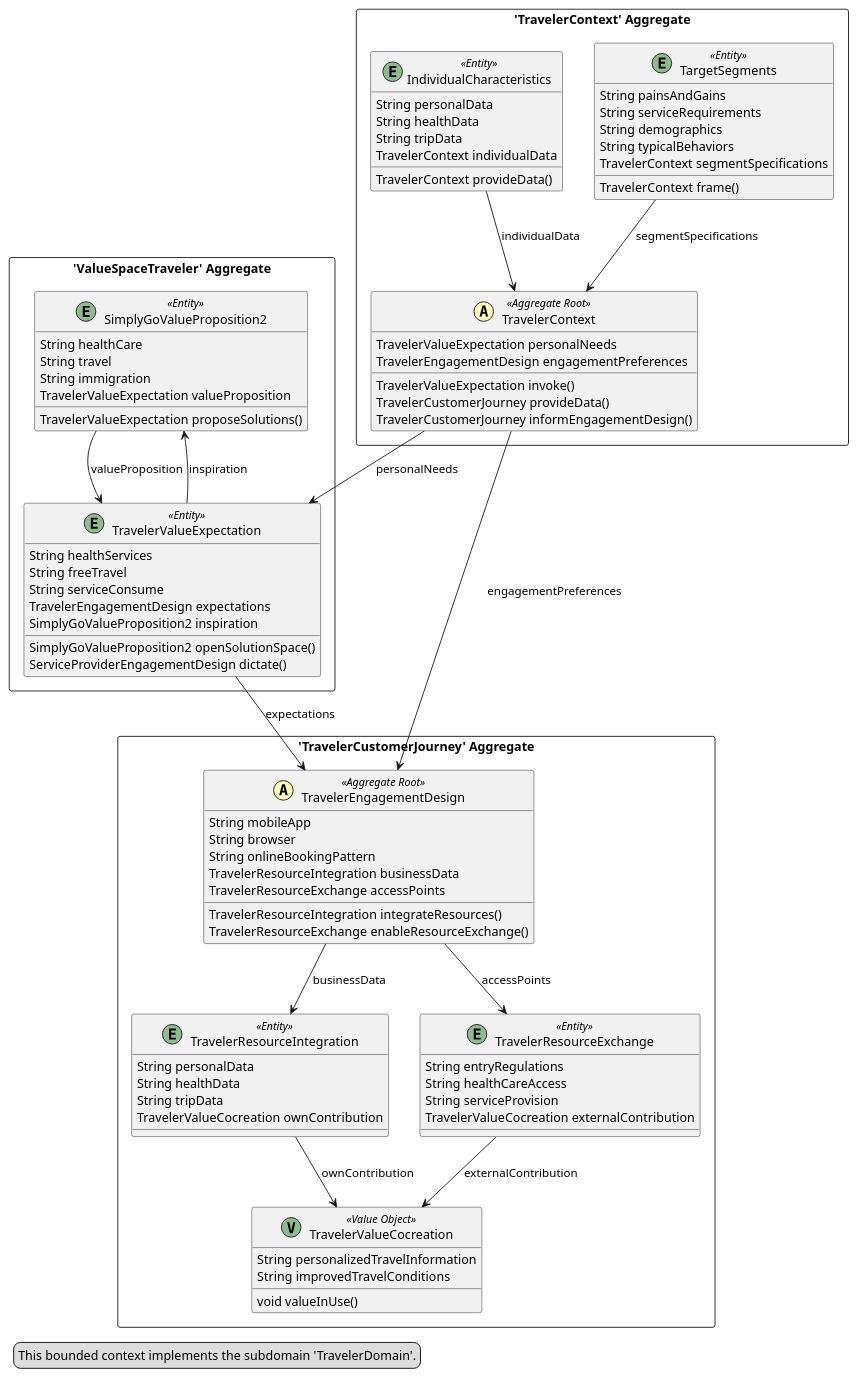
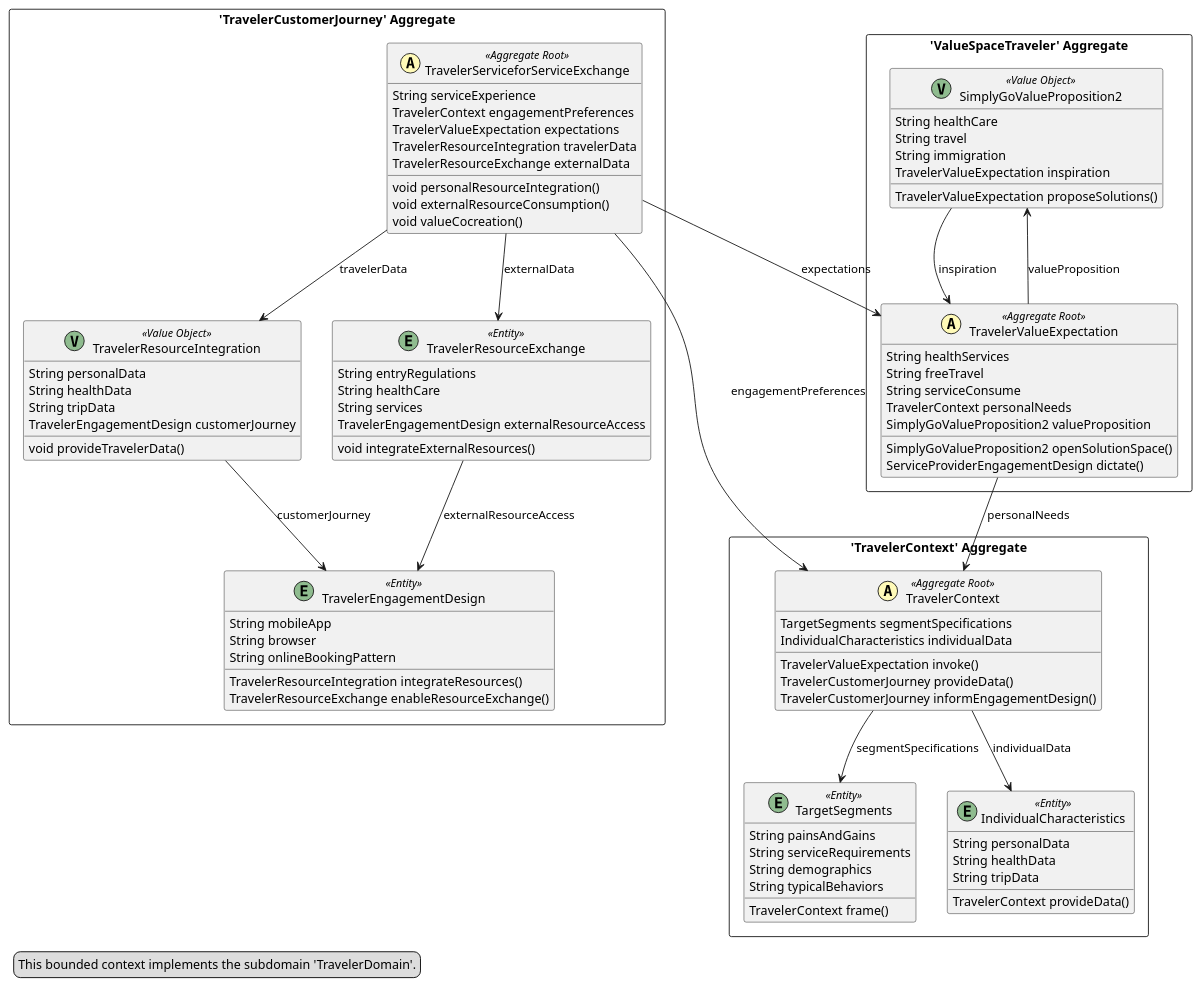
The diagram in src-gen/serviceSystem_BC_Traveler.puml (NormanBaechtold/ServiceSystem), drawn with PlantUML before and after one commit. The commit also changed 57 other files, not shown here.

```diff
--- a/src-gen/serviceSystem_BC_Traveler.puml
+++ b/src-gen/serviceSystem_BC_Traveler.puml
@@ -1,91 +1,94 @@
 @startuml
 
 skinparam componentStyle uml2
 
+package "'TravelerCustomerJourney' Aggregate" <<Rectangle>> {
+	class TravelerServiceforServiceExchange <<(A,#fffab8) Aggregate Root>> {
+		String serviceExperience
+		TravelerContext engagementPreferences
+		TravelerValueExpectation expectations
+		TravelerResourceIntegration travelerData
+		TravelerResourceExchange externalData
+		void personalResourceIntegration()
+		void externalResourceConsumption()
+		void valueCocreation()
+	}
+	class TravelerResourceIntegration <<(V,DarkSeaGreen) Value Object>> {
+		String personalData
+		String healthData
+		String tripData
+		TravelerEngagementDesign customerJourney
+		void provideTravelerData()
+	}
+	class TravelerEngagementDesign <<(E,DarkSeaGreen) Entity>> {
+		String mobileApp
+		String browser
+		String onlineBookingPattern
+		TravelerResourceIntegration integrateResources()
+		TravelerResourceExchange enableResourceExchange()
+	}
+	class TravelerResourceExchange <<(E,DarkSeaGreen) Entity>> {
+		String entryRegulations
+		String healthCare
+		String services
+		TravelerEngagementDesign externalResourceAccess
+		void integrateExternalResources()
+	}
+}
 package "'TravelerContext' Aggregate" <<Rectangle>> {
 	class TravelerContext <<(A,#fffab8) Aggregate Root>> {
-		TravelerValueExpectation personalNeeds
-		TravelerEngagementDesign engagementPreferences
+		TargetSegments segmentSpecifications
+		IndividualCharacteristics individualData
 		TravelerValueExpectation invoke()
 		TravelerCustomerJourney provideData()
 		TravelerCustomerJourney informEngagementDesign()
 	}
 	class TargetSegments <<(E,DarkSeaGreen) Entity>> {
 		String painsAndGains
 		String serviceRequirements
 		String demographics
 		String typicalBehaviors
-		TravelerContext segmentSpecifications
 		TravelerContext frame()
 	}
 	class IndividualCharacteristics <<(E,DarkSeaGreen) Entity>> {
 		String personalData
 		String healthData
 		String tripData
-		TravelerContext individualData
 		TravelerContext provideData()
 	}
 }
 package "'ValueSpaceTraveler' Aggregate" <<Rectangle>> {
-	class SimplyGoValueProposition2 <<(E,DarkSeaGreen) Entity>> {
+	class SimplyGoValueProposition2 <<(V,DarkSeaGreen) Value Object>> {
 		String healthCare
 		String travel
 		String immigration
-		TravelerValueExpectation valueProposition
+		TravelerValueExpectation inspiration
 		TravelerValueExpectation proposeSolutions()
 	}
-	class TravelerValueExpectation <<(E,DarkSeaGreen) Entity>> {
+	class TravelerValueExpectation <<(A,#fffab8) Aggregate Root>> {
 		String healthServices
 		String freeTravel
 		String serviceConsume
-		TravelerEngagementDesign expectations
-		SimplyGoValueProposition2 inspiration
+		TravelerContext personalNeeds
+		SimplyGoValueProposition2 valueProposition
 		SimplyGoValueProposition2 openSolutionSpace()
 		ServiceProviderEngagementDesign dictate()
 	}
 }
-package "'TravelerCustomerJourney' Aggregate" <<Rectangle>> {
-	class TravelerEngagementDesign <<(A,#fffab8) Aggregate Root>> {
-		String mobileApp
-		String browser
-		String onlineBookingPattern
-		TravelerResourceIntegration businessData
-		TravelerResourceExchange accessPoints
-		TravelerResourceIntegration integrateResources()
-		TravelerResourceExchange enableResourceExchange()
-	}
-	class TravelerResourceIntegration <<(E,DarkSeaGreen) Entity>> {
-		String personalData
-		String healthData
-		String tripData
-		TravelerValueCocreation ownContribution
-	}
-	class TravelerResourceExchange <<(E,DarkSeaGreen) Entity>> {
-		String entryRegulations
-		String healthCareAccess
-		String serviceProvision
-		TravelerValueCocreation externalContribution
-	}
-	class TravelerValueCocreation <<(V,DarkSeaGreen) Value Object>> {
-		String personalizedTravelInformation
-		String improvedTravelConditions
-		void valueInUse()
-	}
-}
-TravelerContext --> TravelerValueExpectation : personalNeeds
-TravelerContext --> TravelerEngagementDesign : engagementPreferences
-TargetSegments --> TravelerContext : segmentSpecifications
-IndividualCharacteristics --> TravelerContext : individualData
-SimplyGoValueProposition2 --> TravelerValueExpectation : valueProposition
-TravelerValueExpectation --> TravelerEngagementDesign : expectations
-TravelerValueExpectation --> SimplyGoValueProposition2 : inspiration
-TravelerEngagementDesign --> TravelerResourceIntegration : businessData
-TravelerEngagementDesign --> TravelerResourceExchange : accessPoints
-TravelerResourceIntegration --> TravelerValueCocreation : ownContribution
-TravelerResourceExchange --> TravelerValueCocreation : externalContribution
+TravelerServiceforServiceExchange --> TravelerContext : engagementPreferences
+TravelerServiceforServiceExchange --> TravelerValueExpectation : expectations
+TravelerServiceforServiceExchange --> TravelerResourceIntegration : travelerData
+TravelerServiceforServiceExchange --> TravelerResourceExchange : externalData
+TravelerResourceIntegration --> TravelerEngagementDesign : customerJourney
+TravelerResourceExchange --> TravelerEngagementDesign : externalResourceAccess
+TravelerContext --> TargetSegments : segmentSpecifications
+TravelerContext --> IndividualCharacteristics : individualData
+SimplyGoValueProposition2 --> TravelerValueExpectation : inspiration
+TravelerValueExpectation --> TravelerContext : personalNeeds
+TravelerValueExpectation --> SimplyGoValueProposition2 : valueProposition
 legend left
   This bounded context implements the subdomain 'TravelerDomain'.
 end legend
 
 
 @enduml
```
